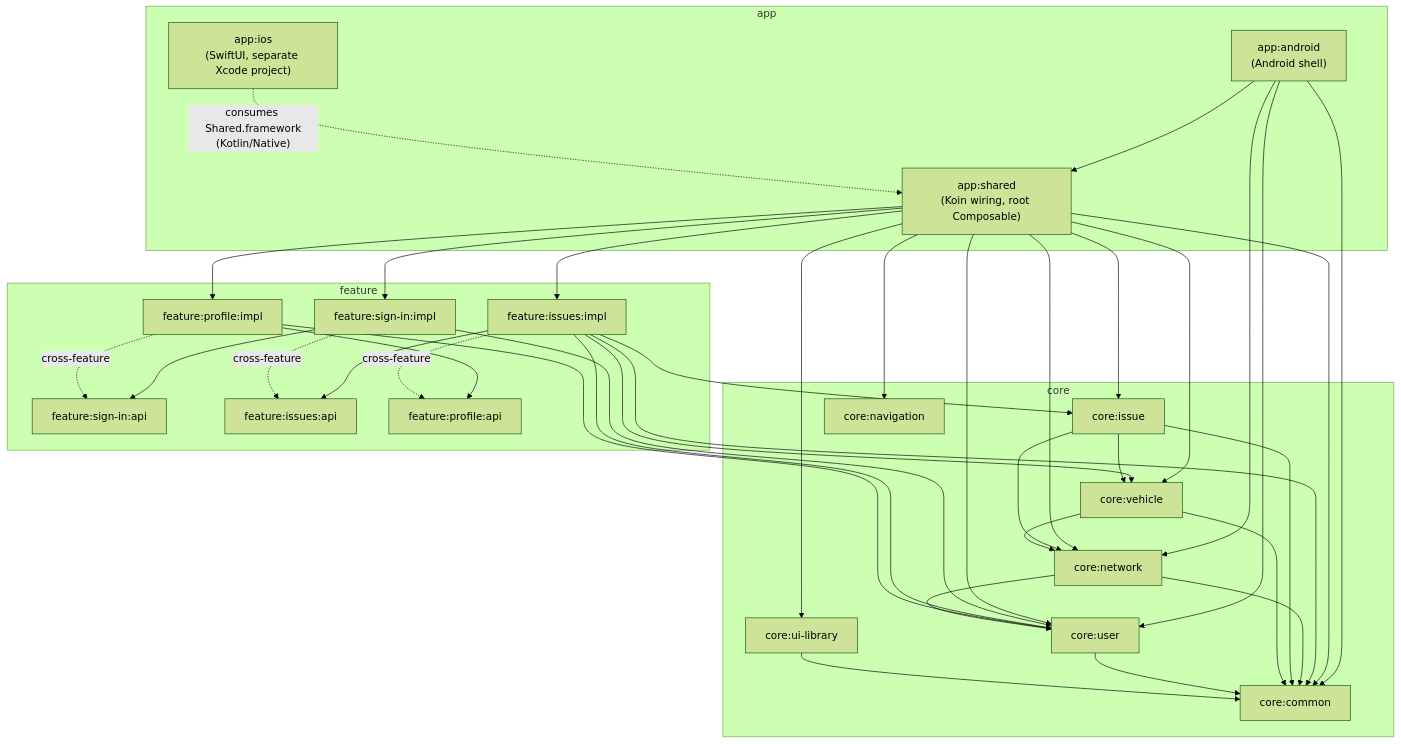
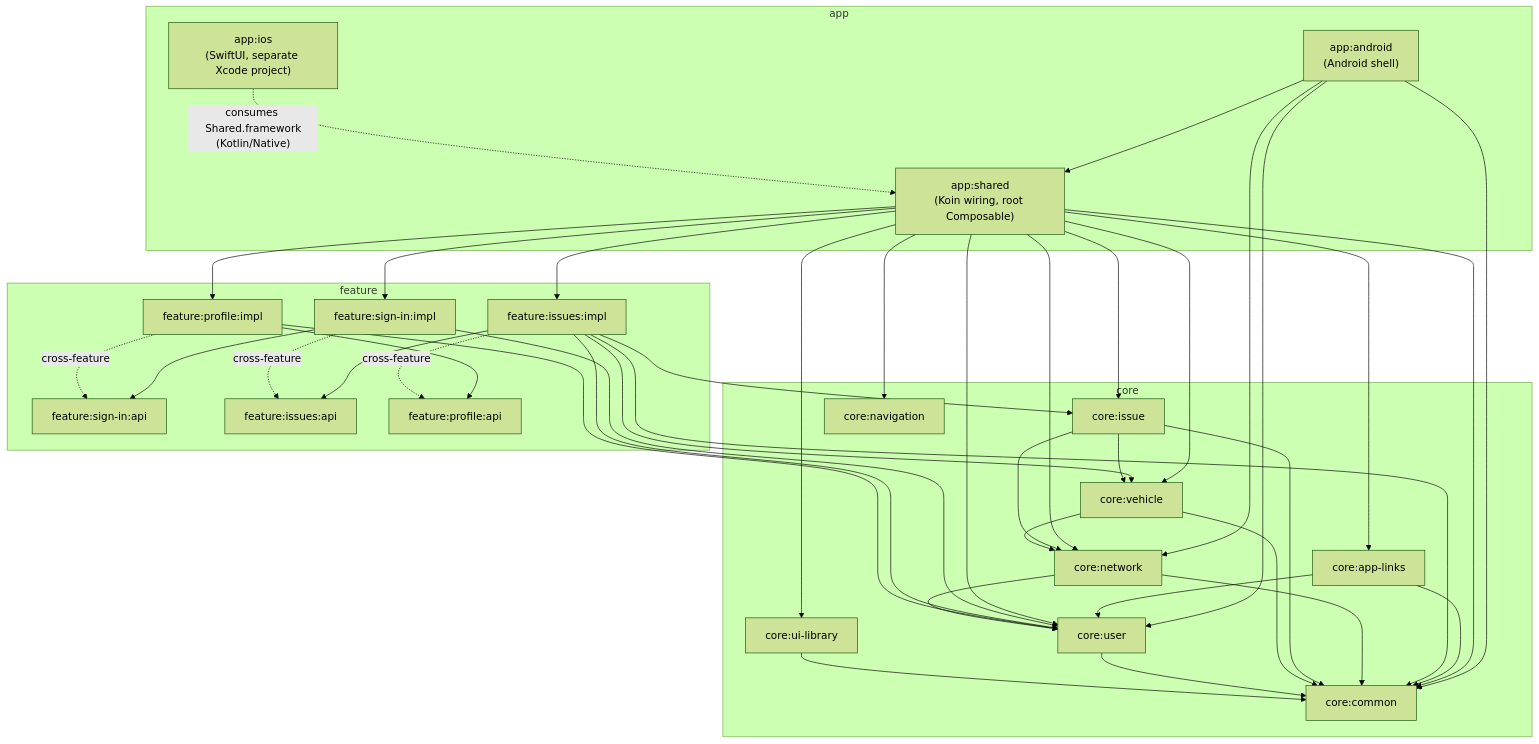
The diagram in app/README.md (piskula/TruckerTracker), drawn with Mermaid (forest theme) before and after one commit. The commit also changed other lines of this file and 26 other files, not shown here.

````diff
--- a/app/README.md
+++ b/app/README.md
@@ -141,69 +188,73 @@
 ```mermaid
 graph TD
     subgraph App["app"]
         android["app:android<br/>(Android shell)"]
         shared["app:shared<br/>(Koin wiring, root Composable)"]
         ios["app:ios<br/>(SwiftUI, separate Xcode project)"]
     end
 
     subgraph Feature["feature"]
         signInApi["feature:sign-in:api"]
         signInImpl["feature:sign-in:impl"]
         issuesApi["feature:issues:api"]
         issuesImpl["feature:issues:impl"]
         profileApi["feature:profile:api"]
         profileImpl["feature:profile:impl"]
     end
 
     subgraph Core["core"]
+        appLinks["core:app-links"]
         common["core:common"]
         network["core:network"]
         user["core:user"]
         vehicle["core:vehicle"]
         issue["core:issue"]
         navigation["core:navigation"]
         uiLibrary["core:ui-library"]
     end
 
     android --> shared
     android --> common
     android --> network
     android --> user
     ios -. "consumes Shared.framework<br/>(Kotlin/Native)" .-> shared
 
     shared --> signInImpl
     shared --> issuesImpl
     shared --> profileImpl
     shared --> common
+    shared --> appLinks
+    appLinks --> user
+    appLinks --> common
     shared --> navigation
     shared --> network
     shared --> uiLibrary
     shared --> user
     shared --> vehicle
     shared --> issue
 
     signInImpl --> signInApi
     issuesImpl --> issuesApi
     profileImpl --> profileApi
 
     signInImpl -.->|cross-feature| issuesApi
     issuesImpl -.->|cross-feature| profileApi
     profileImpl -.->|cross-feature| signInApi
 
     signInImpl --> user
     issuesImpl --> common
     issuesImpl --> user
     issuesImpl --> issue
     issuesImpl --> vehicle
     profileImpl --> user
 
     network --> common
     network --> user
     issue --> common
     issue --> network
     issue --> vehicle
     vehicle --> common
     vehicle --> network
     user --> common
     uiLibrary --> common
 ```
````
